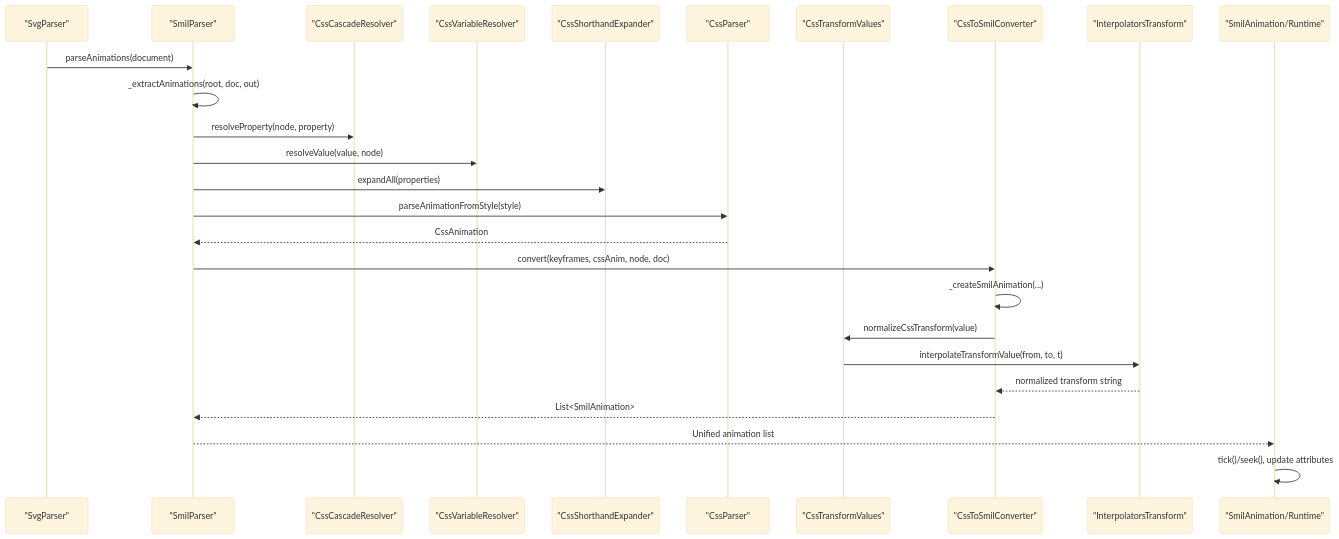
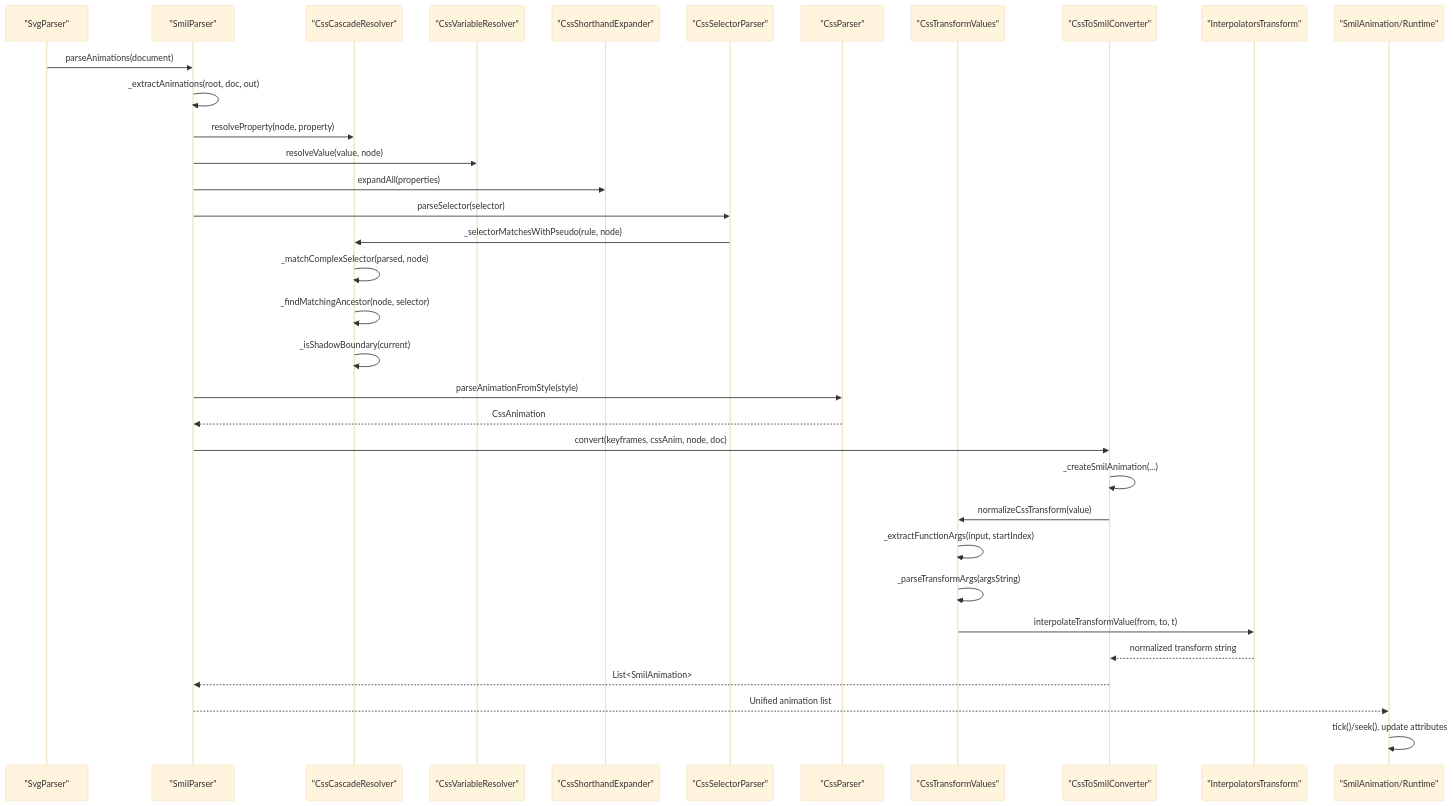
Before and after one commit to denisnadey/flutter_full_svg_support: the second of 9 diagrams in .qoder/repowiki/en/content/Animated SVG Support/CSS Animation Conversion.md, drawn with Mermaid (base theme). The commit also changed other lines of this file and 20 other files, not shown here.

````diff
--- a/.qoder/repowiki/en/content/Animated SVG Support/CSS Animation Conversion.md
+++ b/.qoder/repowiki/en/content/Animated SVG Support/CSS Animation Conversion.md
@@ -150,28 +159,36 @@
 ```mermaid
 sequenceDiagram
 participant P as "SvgParser"
 participant SP as "SmilParser"
 participant CS as "CssCascadeResolver"
 participant CV as "CssVariableResolver"
 participant CE as "CssShorthandExpander"
+participant SEL as "CssSelectorParser"
 participant CP as "CssParser"
 participant CTV as "CssTransformValues"
 participant CTS as "CssToSmilConverter"
 participant IT as "InterpolatorsTransform"
 participant RT as "SmilAnimation/Runtime"
 P->>SP : parseAnimations(document)
 SP->>SP : _extractAnimations(root, doc, out)
 SP->>CS : resolveProperty(node, property)
 SP->>CV : resolveValue(value, node)
 SP->>CE : expandAll(properties)
+SP->>SEL : parseSelector(selector)
+SEL->>CS : _selectorMatchesWithPseudo(rule, node)
+CS->>CS : _matchComplexSelector(parsed, node)
+CS->>CS : _findMatchingAncestor(node, selector)
+CS->>CS : _isShadowBoundary(current)
 SP->>CP : parseAnimationFromStyle(style)
 CP-->>SP : CssAnimation
 SP->>CTS : convert(keyframes, cssAnim, node, doc)
 CTS->>CTS : _createSmilAnimation(...)
 CTS->>CTV : normalizeCssTransform(value)
+CTV->>CTV : _extractFunctionArgs(input, startIndex)
+CTV->>CTV : _parseTransformArgs(argsString)
 CTV->>IT : interpolateTransformValue(from, to, t)
 IT-->>CTS : normalized transform string
 CTS-->>SP : List<SmilAnimation>
 SP-->>RT : Unified animation list
 RT->>RT : tick()/seek(), update attributes
 ```
````
